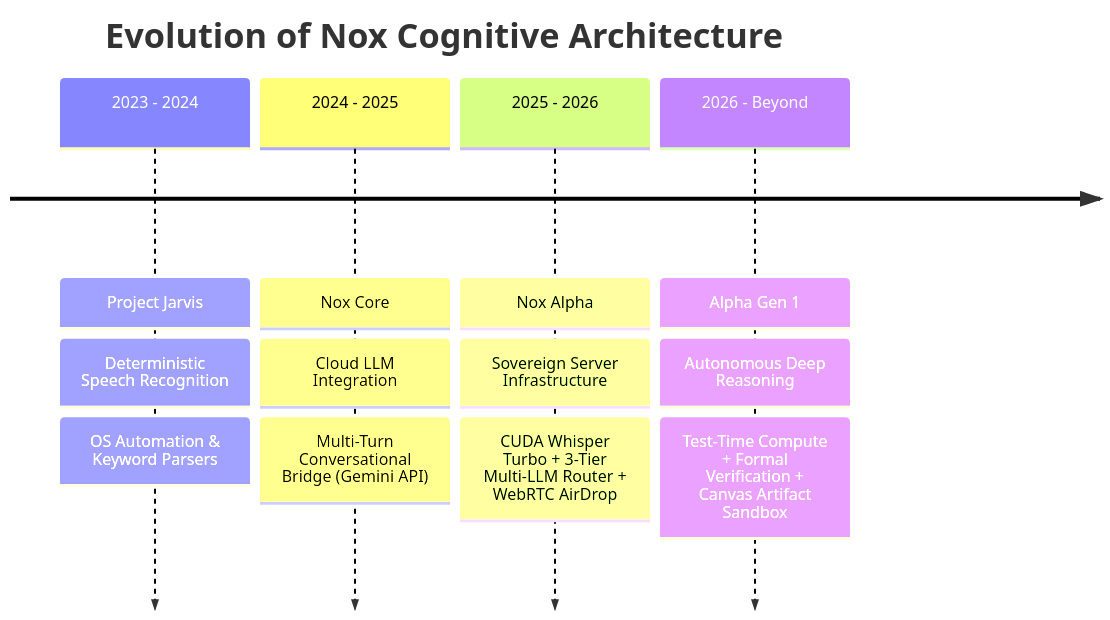
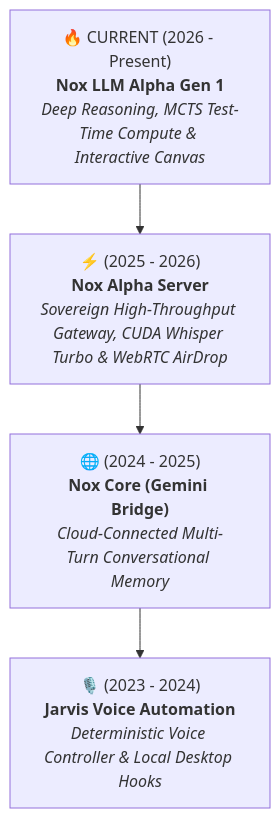
One commit to SkMasud18/SkMasud18 changed the diagram in README.md. Above: the diagram before and after it, drawn with Mermaid. The commit also changed other lines of this file, not shown here.

Commit message:
docs: reorder milestones reverse chronologically and elevate Nox LLM Alpha Gen 1 flagship

````diff
--- a/README.md
+++ b/README.md
@@ -33,8 +24,11 @@
 ```mermaid
-timeline
-    title Evolution of Nox Cognitive Architecture
-    2023 - 2024 : Project Jarvis : Deterministic Speech Recognition : OS Automation & Keyword Parsers
-    2024 - 2025 : Nox Core : Cloud LLM Integration : Multi-Turn Conversational Bridge (Gemini API)
-    2025 - 2026 : Nox Alpha : Sovereign Server Infrastructure : CUDA Whisper Turbo + 3-Tier Multi-LLM Router + WebRTC AirDrop
-    2026 - Beyond : Alpha Gen 1 : Autonomous Deep Reasoning : Test-Time Compute + Formal Verification + Canvas Artifact Sandbox
+graph TD
+    Current["🔥 CURRENT (2026 - Present)<br/><b>Nox LLM Alpha Gen 1</b><br/><i>Deep Reasoning, MCTS Test-Time Compute & Interactive Canvas</i>"]
+    Server["⚡ (2025 - 2026)<br/><b>Nox Alpha Server</b><br/><i>Sovereign High-Throughput Gateway, CUDA Whisper Turbo & WebRTC AirDrop</i>"]
+    Core["🌐 (2024 - 2025)<br/><b>Nox Core (Gemini Bridge)</b><br/><i>Cloud-Connected Multi-Turn Conversational Memory</i>"]
+    Jarvis["🎙️ (2023 - 2024)<br/><b>Jarvis Voice Automation</b><br/><i>Deterministic Voice Controller & Local Desktop Hooks</i>"]
+
+    Current --> Server
+    Server --> Core
+    Core --> Jarvis
 ```
````
